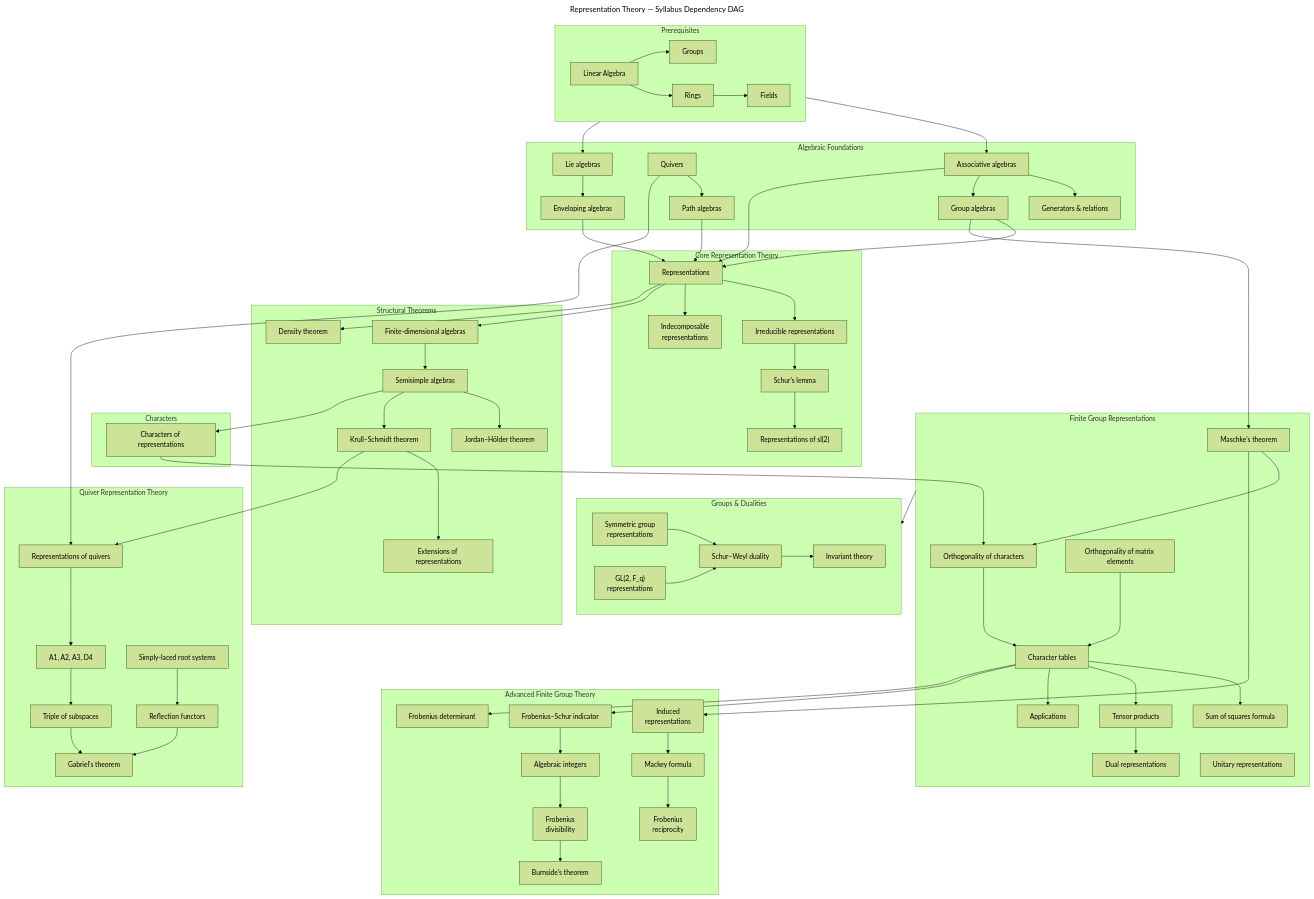
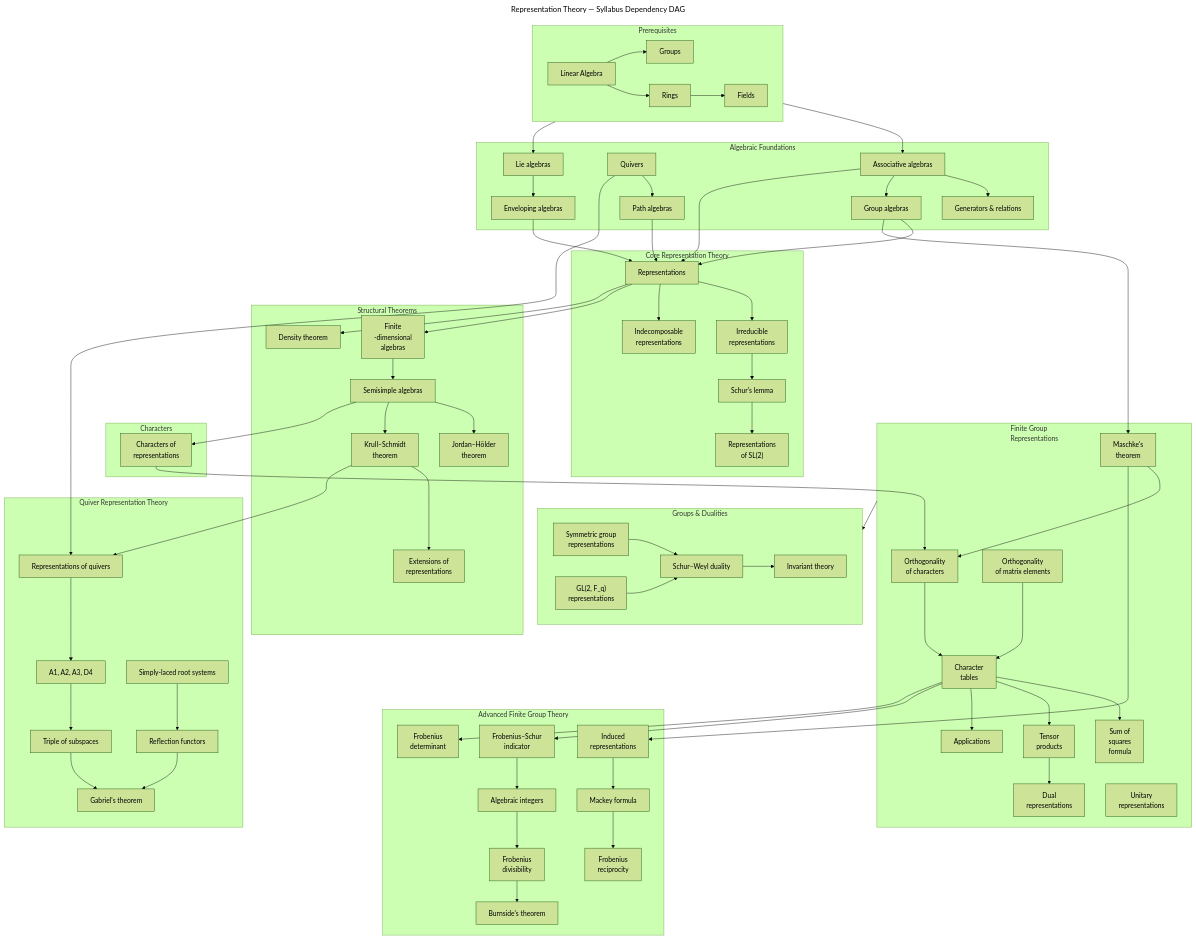
One commit to sohale/cs-glossaries changed the fourth of 4 diagrams in math-ml/representation-theory.md. Above: the diagram before and after it, drawn with Mermaid (forest theme).

Commit message:
Update line breaks in representation theory document

```diff
--- a/math-ml/representation-theory.md
+++ b/math-ml/representation-theory.md
@@ -187,10 +187,10 @@
 %% =========================
 subgraph core [Core Representation Theory]
     Reps[Representations]
-    Irred[Irreducible representations]
+    Irred[Irreducible  <br> representations]
     Indecomp[Indecomposable<br>representations]
     Schur[Schur's lemma]
-    SL2["Representations of sl(2)"]
+    SL2["Representations  <br> of SL(2)"]
 
     Reps --> Irred
     Reps --> Indecomp
@@ -208,11 +208,11 @@
 %% =========================
 subgraph structure [Structural Theorems]
     Density[Density theorem]
-    FinDimAlg[Finite-dimensional algebras]
+    FinDimAlg[Finite <br>-dimensional  <br> algebras]
     Semisimple[Semisimple algebras]
-    JH[Jordan–Hölder theorem]
-    KS[Krull–Schmidt theorem]
-    Extensions[Extensions of representations]
+    JH[Jordan–Hölder  <br> theorem]
+    KS[Krull–Schmidt  <br> theorem]
+    Extensions[Extensions of  <br> representations]
 
     FinDimAlg --> Semisimple
     Semisimple --> JH
@@ -227,7 +227,7 @@
 %% Characters
 %% =========================
 subgraph characters [Characters]
-    Characters[Characters of representations]
+    Characters[Characters of  <br> representations]
 end
 
 Semisimple --> Characters
@@ -235,15 +235,15 @@
 %% =========================
 %% Finite Group Representations
 %% =========================
-subgraph finite_groups [Finite Group Representations]
-    Maschke[Maschke's theorem]
-    OrthChar[Orthogonality of characters]
-    OrthMat[Orthogonality of matrix elements]
-    CharTables[Character tables]
-    SumSq[Sum of squares formula]
-    Duals[Dual representations]
-    Tensor[Tensor products]
-    Unitary[Unitary representations]
+subgraph finite_groups [Finite Group  <br> Representations]
+    Maschke[Maschke's  <br> theorem]
+    OrthChar[Orthogonality  <br> of characters]
+    OrthMat[Orthogonality <br>  of matrix elements]
+    CharTables[Character  <br> tables]
+    SumSq[Sum of  <br> squares  <br> formula]
+    Duals[Dual  <br> representations]
+    Tensor[Tensor  <br> products]
+    Unitary[Unitary  <br> representations]
     AppsFG[Applications]
 
     Maschke --> OrthChar
@@ -262,8 +262,8 @@
 %% Advanced Finite Group Theory
 %% =========================
 subgraph advanced_fg [Advanced Finite Group Theory]
-    FS[Frobenius–Schur indicator]
-    FD[Frobenius determinant]
+    FS[Frobenius–Schur  <br> indicator]
+    FD[Frobenius  <br> determinant]
     AlgInt[Algebraic integers]
     Frobd[Frobenius  <br> divisibility]
     Burnside[Burnside's theorem]
```
